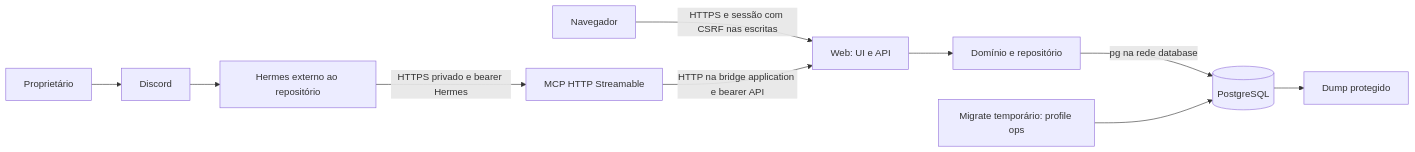
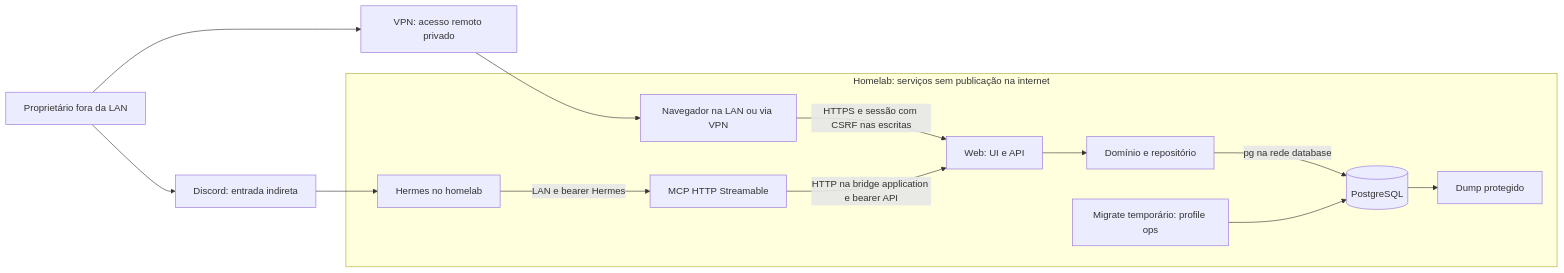
The diagram in docs/security-audit.md (gdsantana/marvin-project), drawn with Mermaid before and after one commit. The commit also changed other lines of this file and 26 other files, not shown here.

````diff
--- a/docs/security-audit.md
+++ b/docs/security-audit.md
@@ -33,12 +43,16 @@
 ```mermaid
 flowchart LR
-  User[Proprietário] --> Discord[Discord]
-  Discord --> Hermes[Hermes externo ao repositório]
-  Hermes -->|HTTPS privado e bearer Hermes| MCP[MCP HTTP Streamable]
-  Browser[Navegador] -->|HTTPS e sessão com CSRF nas escritas| Web[Web: UI e API]
-  MCP -->|HTTP na bridge application e bearer API| Web
-  Web --> Domain[Domínio e repositório]
-  Domain -->|pg na rede database| DB[(PostgreSQL)]
-  Ops[Migrate temporário: profile ops] --> DB
-  DB --> Backup[Dump protegido]
+  User[Proprietário fora da LAN] --> Discord[Discord: entrada indireta]
+  User --> VPN[VPN: acesso remoto privado]
+  Discord --> Hermes
+  VPN --> Browser
+  subgraph Homelab[Homelab: serviços sem publicação na internet]
+    Browser[Navegador na LAN ou via VPN] -->|HTTPS e sessão com CSRF nas escritas| Web[Web: UI e API]
+    Hermes[Hermes no homelab] -->|LAN e bearer Hermes| MCP[MCP HTTP Streamable]
+    MCP -->|HTTP na bridge application e bearer API| Web
+    Web --> Domain[Domínio e repositório]
+    Domain -->|pg na rede database| DB[(PostgreSQL)]
+    Ops[Migrate temporário: profile ops] --> DB
+    DB --> Backup[Dump protegido]
+  end
 ```
````
